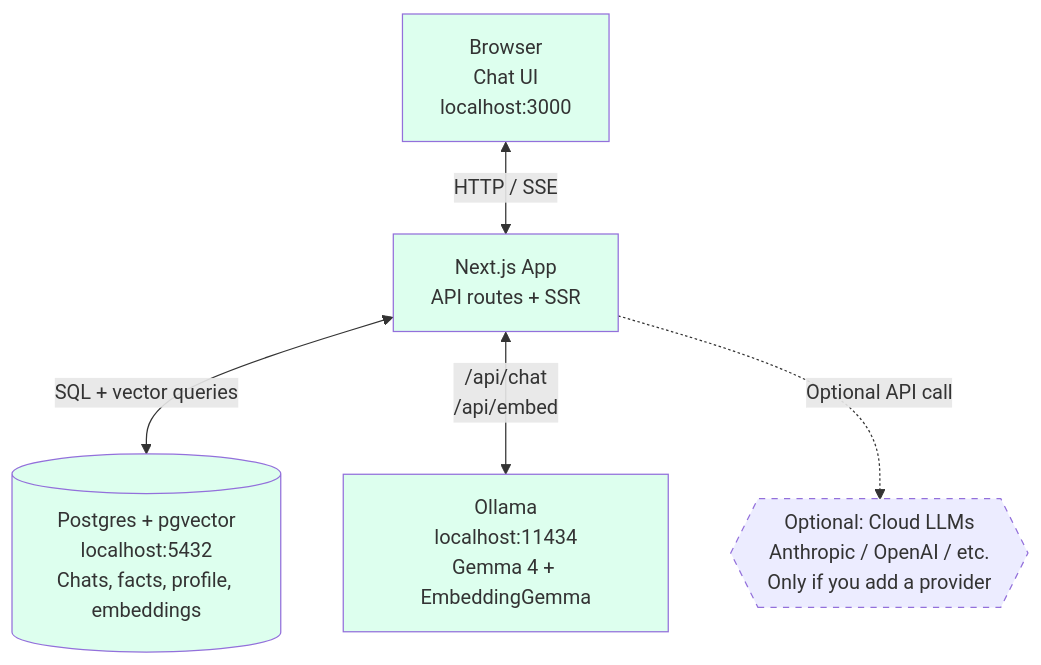
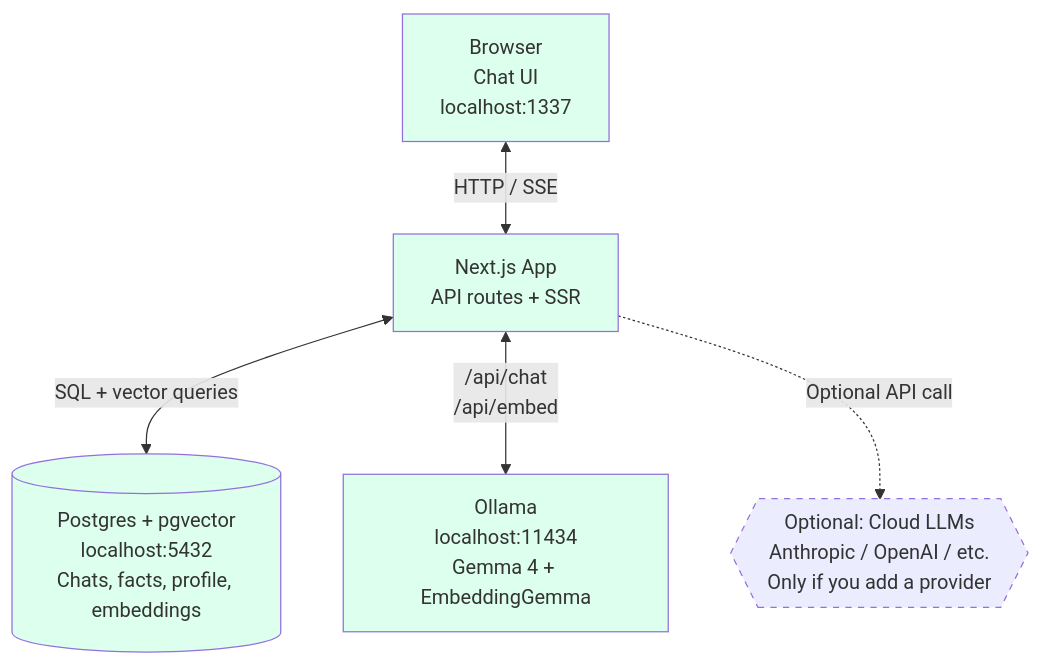
One commit to RealChrisSean/RecallMEM changed the first of 3 diagrams in docs/ARCHITECTURE.md. Above: the diagram before and after it, drawn with Mermaid. The commit also changed 6 other files, not shown here.

````diff
--- a/docs/ARCHITECTURE.md
+++ b/docs/ARCHITECTURE.md
@@ -13,19 +13,19 @@
 ```mermaid
 flowchart TB
-    Browser["Browser<br/>Chat UI<br/>localhost:3000"]
+    Browser["Browser<br/>Chat UI<br/>localhost:1337"]
     NextJS["Next.js App<br/>API routes + SSR"]
     Postgres[("Postgres + pgvector<br/>localhost:5432<br/>Chats, facts, profile, embeddings")]
     Ollama["Ollama<br/>localhost:11434<br/>Gemma 4 + EmbeddingGemma"]
     Cloud{{"Optional: Cloud LLMs<br/>Anthropic / OpenAI / etc.<br/>Only if you add a provider"}}
 
     Browser <-->|HTTP / SSE| NextJS
     NextJS <-->|SQL + vector queries| Postgres
     NextJS <-->|"/api/chat<br/>/api/embed"| Ollama
     NextJS -.->|Optional API call| Cloud
 
     style Cloud stroke-dasharray: 5 5
     style Ollama fill:#dfe
     style Postgres fill:#dfe
     style NextJS fill:#dfe
     style Browser fill:#dfe
 ```
````
